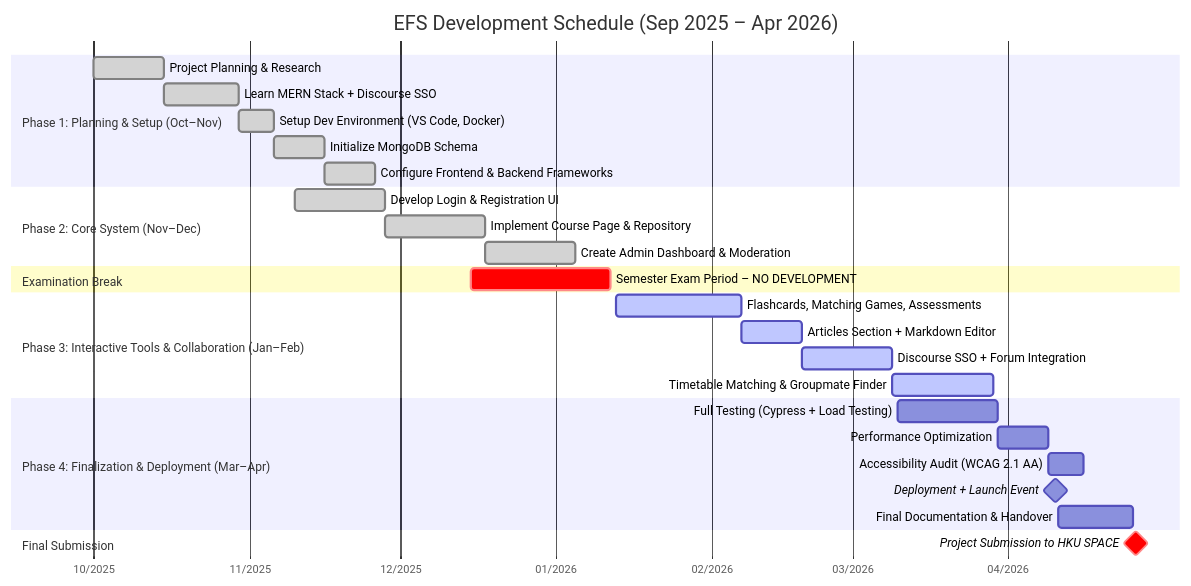
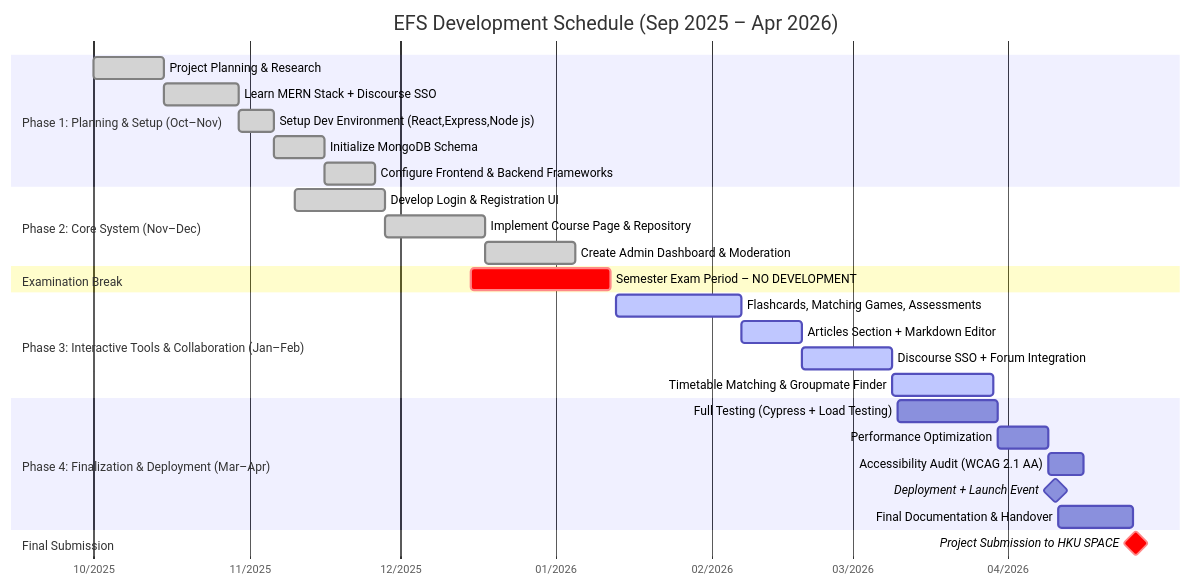
The second of 2 diagrams in markdown/TechStack.md (MyFGitAccount/MARKDOWN_KK), drawn with Mermaid before and after one commit.

Commit message:
add techstack

````diff
--- a/markdown/TechStack.md
+++ b/markdown/TechStack.md
@@ -74,39 +74,39 @@
 ```mermaid
 gantt
     title EFS Development Schedule (Sep 2025 – Apr 2026)
     dateFormat  YYYY-MM-DD
     axisFormat  %m/%Y
     tickInterval 1month
     todayMarker stroke-width:4px,stroke:#e74c3c,opacity:0.9
 
     section Phase 1: Planning & Setup (Oct–Nov)
     Project Planning & Research                 :done, plan1, 2025-10-01, 2025-10-15
     Learn MERN Stack + Discourse SSO            :done, learn1, after plan1, 15d
-    Setup Dev Environment (VS Code, Docker)     :done, setup1, after learn1, 7d
+    Setup Dev Environment (React,Express,Node js)     :done, setup1, after learn1, 7d
     Initialize MongoDB Schema                   :done, db1, after setup1, 10d
     Configure Frontend & Backend Frameworks     :done, config1, after db1, 10d
 
     section Phase 2: Core System (Nov–Dec)
     Develop Login & Registration UI             :done, auth1, 2025-11-10, 18d
     Implement Course Page & Repository          :done, repo1, after auth1, 20d
     Create Admin Dashboard & Moderation         :done, admin1, after repo1, 18d
 
     section Examination Break
     Semester Exam Period – NO DEVELOPMENT       :crit, exam, 2025-12-15, 2026-01-12
 
     section Phase 3: Interactive Tools & Collaboration (Jan–Feb)
     Flashcards, Matching Games, Assessments     :active, tools1, 2026-01-13, 25d
     Articles Section + Markdown Editor          :active, articles1, after tools1, 12d
     Discourse SSO + Forum Integration           :active, forum1, after articles1, 18d
     Timetable Matching & Groupmate Finder       :active, match1, after forum1, 20d
 
     section Phase 4: Finalization & Deployment (Mar–Apr)
     Full Testing (Cypress + Load Testing)       :test1, 2026-03-10, 20d
     Performance Optimization                    :perf1, after test1, 10d
     Accessibility Audit (WCAG 2.1 AA)           :audit1, after perf1, 7d
     Deployment + Launch Event                   :milestone, launch, 2026-04-10, 1d
     Final Documentation & Handover              :handover1, after launch, 15d
 
     section Final Submission
     Project Submission to HKU SPACE             :crit, milestone, submit, 2026-04-26, 1d
 ```
````
